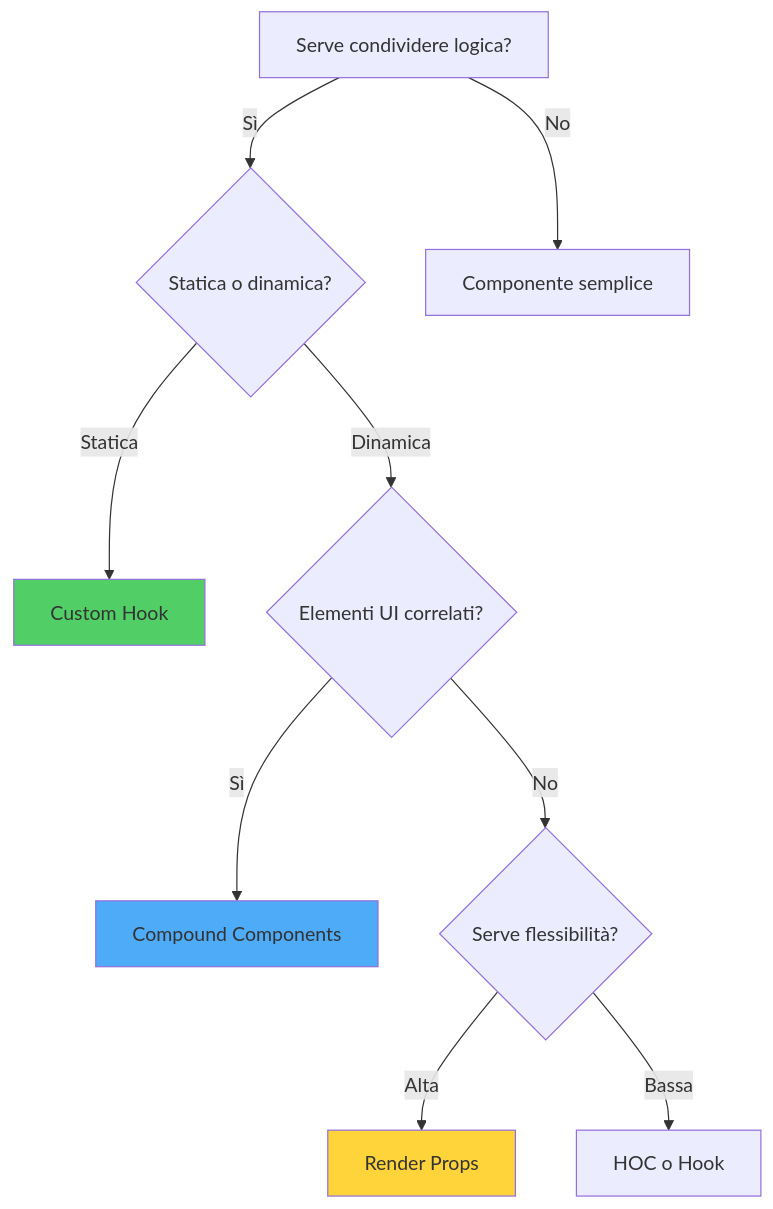
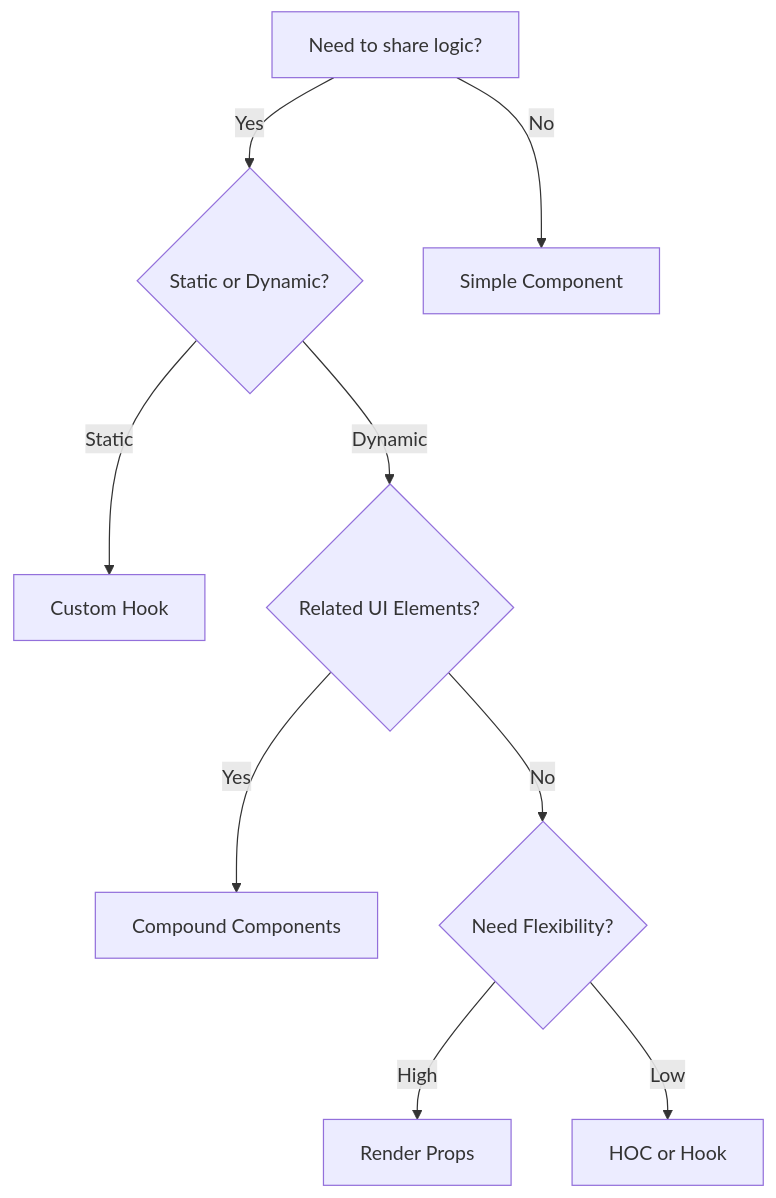
One commit to BabaScience/react-guides changed diagram 11 of 12 in arguments/chapters/it/03-component-patterns-best-practices.md. Above: the diagram before and after it, drawn with Mermaid. The commit also changed other lines of this file and 29 other files, not shown here.

First line of the commit message:
Bring React FR/IT translations to full English parity + theme-safe diagrams

````diff
--- a/arguments/chapters/it/03-component-patterns-best-practices.md
+++ b/arguments/chapters/it/03-component-patterns-best-practices.md
@@ -437,18 +2531,15 @@
 ```mermaid
 graph TD
-    A[Serve condividere logica?] -->|Sì| B{Statica o dinamica?}
-    A -->|No| C[Componente semplice]
+    A[Need to share logic?] -->|Yes| B{Static or Dynamic?}
+    A -->|No| C[Simple Component]
     
-    B -->|Statica| D[Custom Hook]
-    B -->|Dinamica| E{Elementi UI correlati?}
+    B -->|Static| D[Custom Hook]
+    B -->|Dynamic| E{Related UI Elements?}
     
-    E -->|Sì| F[Compound Components]
-    E -->|No| G{Serve flessibilità?}
+    E -->|Yes| F[Compound Components]
+    E -->|No| G{Need Flexibility?}
     
-    G -->|Alta| H[Render Props]
-    G -->|Bassa| I[HOC o Hook]
+    G -->|High| H[Render Props]
+    G -->|Low| I[HOC or Hook]
     
-    style D fill:#51cf66
-    style F fill:#4dabf7
-    style H fill:#ffd43b
 ```
````
